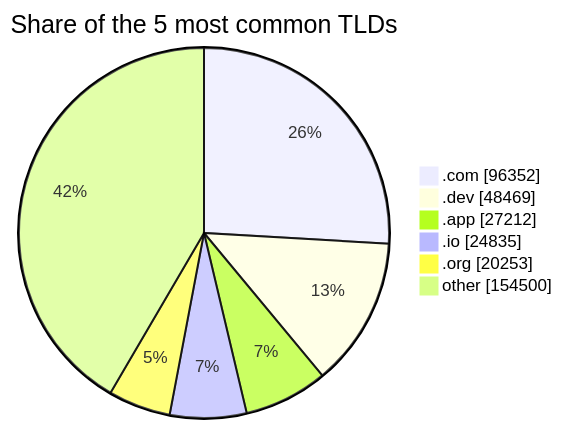
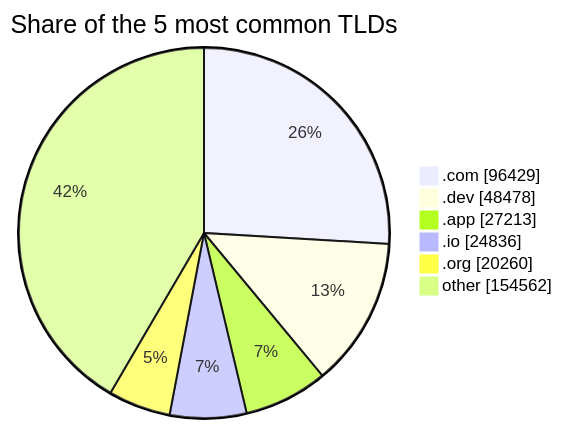
Before and after one commit to DNSBunker/CTI: the third of 3 diagrams in README.md, drawn with Mermaid. The commit also changed other lines of this file and 3 other files, not shown here.

````diff
--- a/README.md
+++ b/README.md
@@ -81,9 +81,9 @@
 ```mermaid
 pie showData title Share of the 5 most common TLDs
-    ".com" : 96352
-    ".dev" : 48469
-    ".app" : 27212
-    ".io" : 24835
-    ".org" : 20253
-    "other" : 154500
+    ".com" : 96429
+    ".dev" : 48478
+    ".app" : 27213
+    ".io" : 24836
+    ".org" : 20260
+    "other" : 154562
 ```
````
